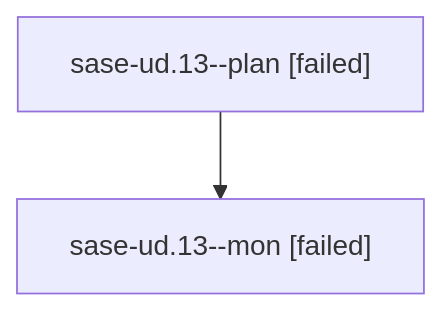
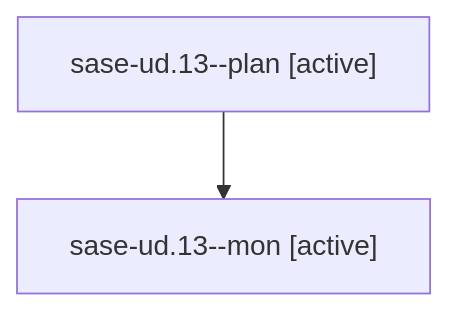
The diagram in families/bbugyi200.athena.sase-ud.13.md (sase-org/sase--agents), drawn with Mermaid before and after one commit. The commit also changed other lines of this file and 35830 other files, not shown here.

````diff
--- a/families/bbugyi200.athena.sase-ud.13.md
+++ b/families/bbugyi200.athena.sase-ud.13.md
@@ -9,6 +9,6 @@
 ```mermaid
 flowchart TD
-  n0["sase-ud.13--plan [failed]"]
-  n1["sase-ud.13--mon [failed]"]
+  n0["sase-ud.13--plan [active]"]
+  n1["sase-ud.13--mon [active]"]
   n0 --> n1
 ```
````
